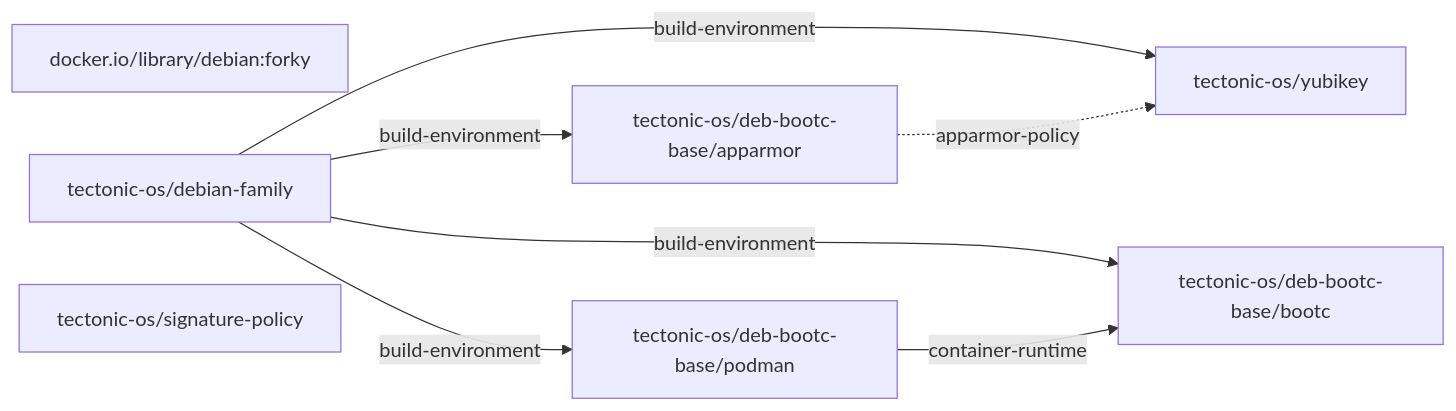
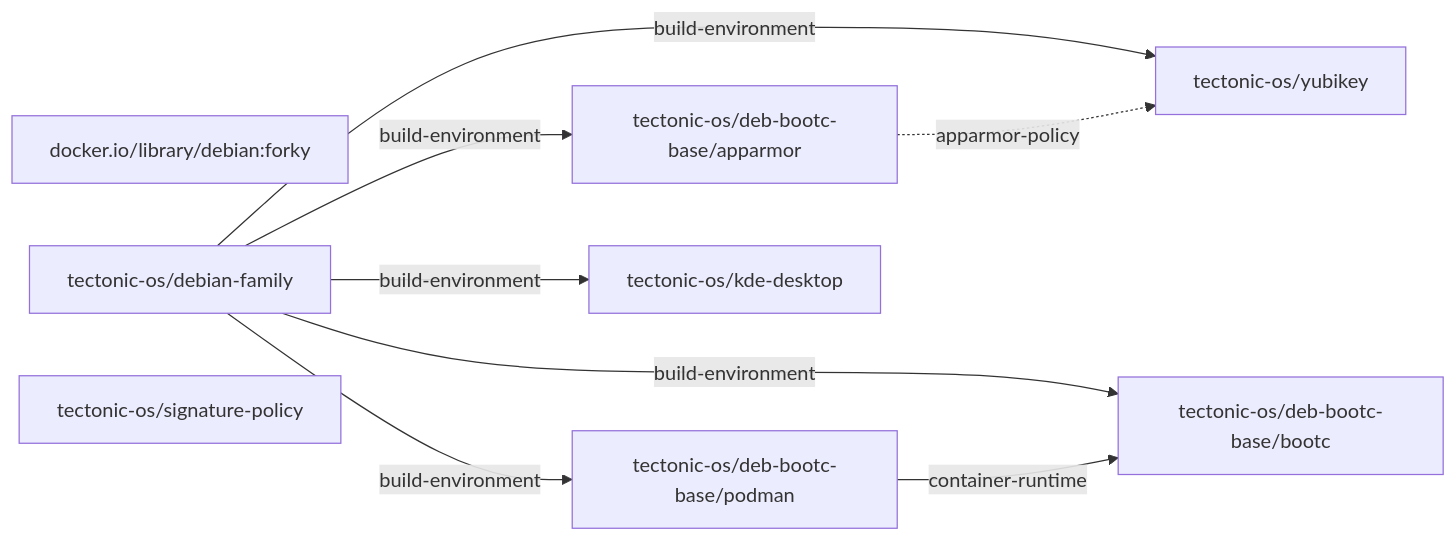
One commit to tectonic-os/proving-ground changed the diagram in generated/debian-bootc/graph.md. Above: the diagram before and after it, drawn with Mermaid. The commit also changed other lines of this file and 5 other files, not shown here.

Commit message:
add the kde desktop

````diff
--- a/generated/debian-bootc/graph.md
+++ b/generated/debian-bootc/graph.md
@@ -9,16 +9,18 @@
 ```mermaid
 graph LR
     base["docker.io/library/debian:forky"]
     m0["tectonic-os/debian-family"]
     m1["tectonic-os/deb-bootc-base/apparmor"]
     m2["tectonic-os/deb-bootc-base/podman"]
     m3["tectonic-os/deb-bootc-base/bootc"]
     m4["tectonic-os/yubikey"]
     m5["tectonic-os/signature-policy"]
+    m6["tectonic-os/kde-desktop"]
     m0 -->|"build-environment"| m1
     m0 -->|"build-environment"| m2
     m0 -->|"build-environment"| m3
     m0 -->|"build-environment"| m4
+    m0 -->|"build-environment"| m6
     m1 -.->|"apparmor-policy"| m4
     m2 -->|"container-runtime"| m3
 ```
````
